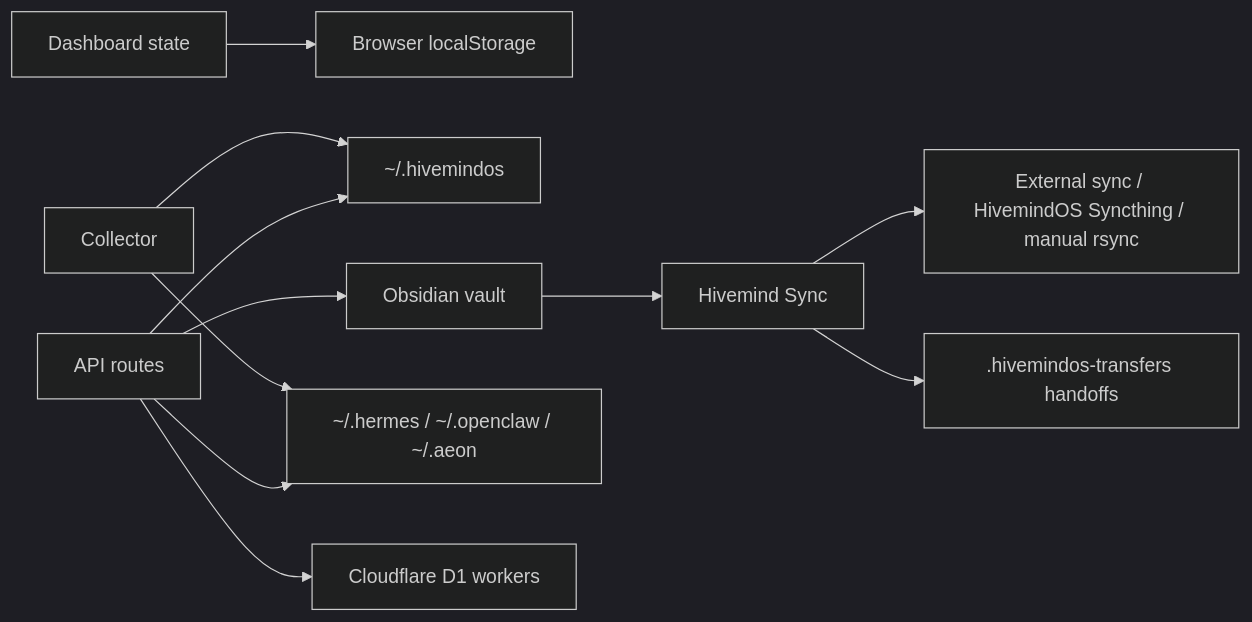
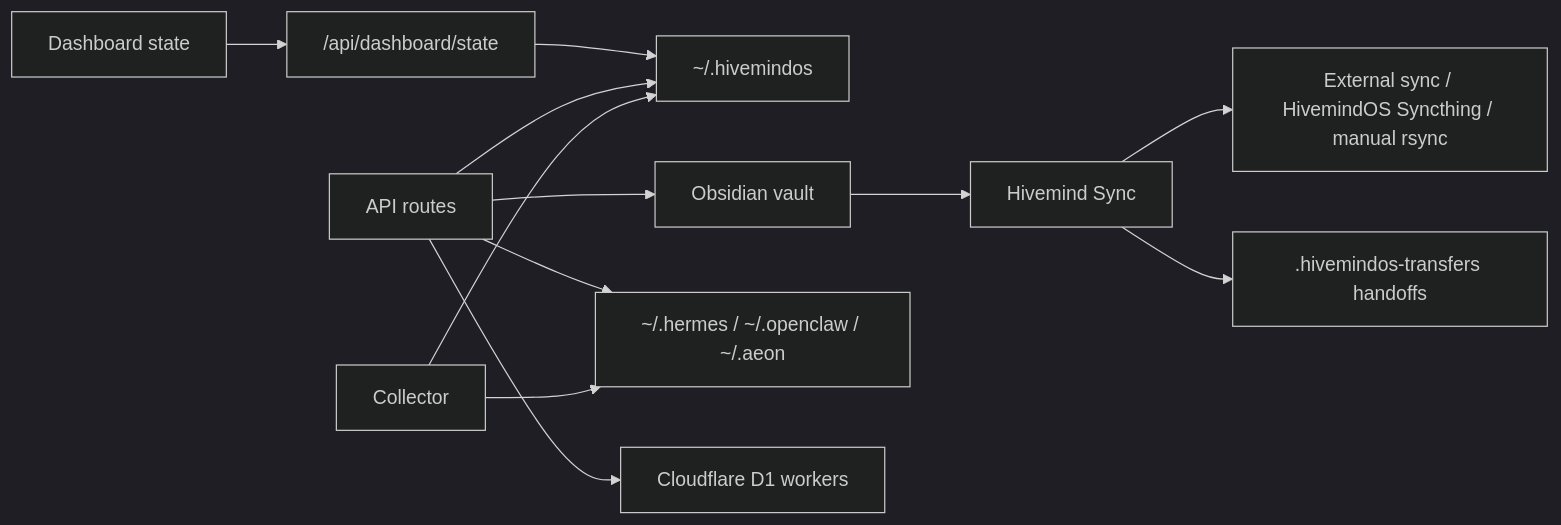
Before and after one commit to LiamVisionary/hivemindos: the second of 2 diagrams in docs/architecture/index.md, drawn with Mermaid (dark theme). The commit also changed other lines of this file and 804 other files, not shown here.

````diff
--- a/docs/architecture/index.md
+++ b/docs/architecture/index.md
@@ -147,13 +147,14 @@
 ```mermaid
 flowchart LR
-  Dashboard["Dashboard state"] --> LocalStorage["Browser localStorage"]
+  Dashboard["Dashboard state"] --> DashboardState["/api/dashboard/state"]
+  DashboardState --> HiveHome["~/.hivemindos"]
   Api["API routes"] --> HiveHome["~/.hivemindos"]
   Api --> Vault["Obsidian vault"]
   Api --> RuntimeHomes["~/.hermes / ~/.openclaw / ~/.aeon"]
   Api --> Workers["Cloudflare D1 workers"]
   Collector["Collector"] --> RuntimeHomes
   Collector --> HiveHome
   Vault --> SyncOwner["Hivemind Sync"]
   SyncOwner --> VaultOwner["External sync / HivemindOS Syncthing / manual rsync"]
   SyncOwner --> Handoff[".hivemindos-transfers handoffs"]
 ```
````
